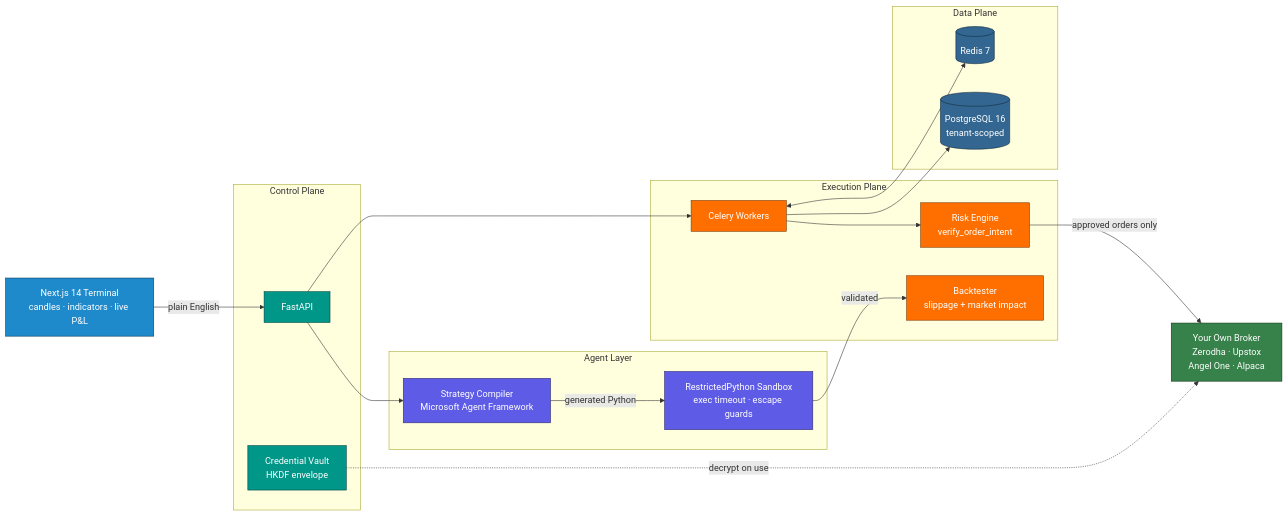
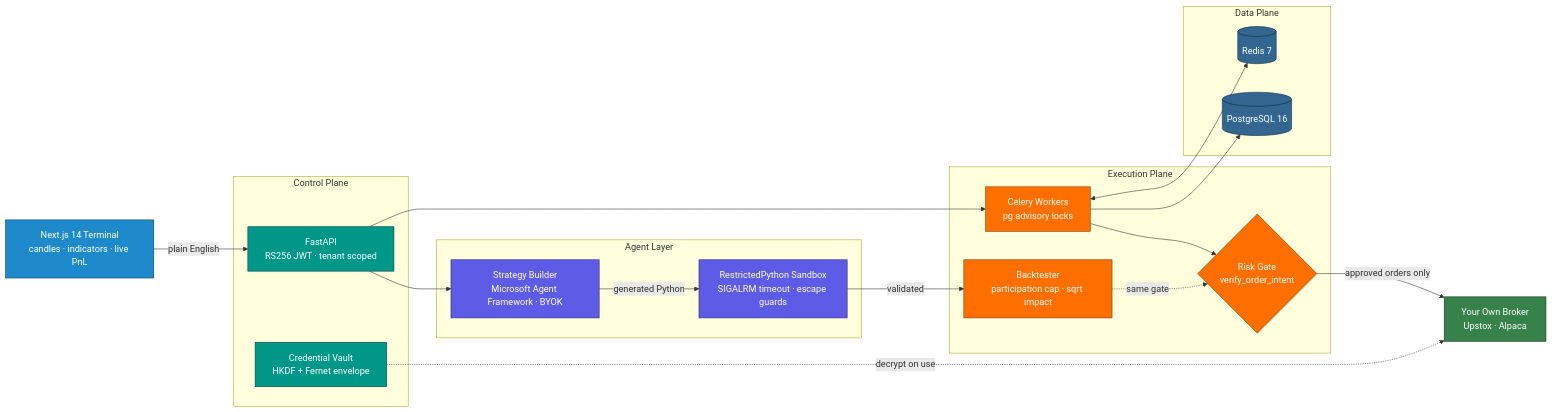
Before and after one commit to Algo-Ankit/Algo-Ankit: the first of 5 diagrams in README.md, drawn with Mermaid. The commit also changed other lines of this file, not shown here.

Commit message:
Rework profile README: personal intro, verified architecture diagrams per project

````diff
--- a/README.md
+++ b/README.md
@@ -46,52 +29,52 @@
 ```mermaid
 flowchart LR
-    UI["Next.js 14 Terminal<br/>candles · indicators · live P&amp;L"]
+    UI["Next.js 14 Terminal<br/>candles · indicators · live PnL"]
 
     subgraph CONTROL["Control Plane"]
-        API["FastAPI"]
-        VAULT["Credential Vault<br/>HKDF envelope"]
+        API["FastAPI<br/>RS256 JWT · tenant scoped"]
+        VAULT["Credential Vault<br/>HKDF + Fernet envelope"]
     end
 
     subgraph AGENT["Agent Layer"]
-        LLM["Strategy Compiler<br/>Microsoft Agent Framework"]
-        SBX["RestrictedPython Sandbox<br/>exec timeout · escape guards"]
+        LLM["Strategy Builder<br/>Microsoft Agent Framework · BYOK"]
+        SBX["RestrictedPython Sandbox<br/>SIGALRM timeout · escape guards"]
     end
 
     subgraph EXEC["Execution Plane"]
-        CELERY["Celery Workers"]
-        BT["Backtester<br/>slippage + market impact"]
-        RISK["Risk Engine<br/>verify_order_intent"]
+        CELERY["Celery Workers<br/>pg advisory locks"]
+        BT["Backtester<br/>participation cap · sqrt impact"]
+        RISK{"Risk Gate<br/>verify_order_intent"}
     end
 
     subgraph DATA["Data Plane"]
-        PG[("PostgreSQL 16<br/>tenant-scoped")]
+        PG[("PostgreSQL 16")]
         RD[("Redis 7")]
     end
 
-    BROKER["Your Own Broker<br/>Zerodha · Upstox<br/>Angel One · Alpaca"]
+    BROKER["Your Own Broker<br/>Upstox · Alpaca"]
 
     UI -->|"plain English"| API
     API --> LLM
     LLM -->|"generated Python"| SBX
     SBX -->|"validated"| BT
+    BT -.->|"same gate"| RISK
     API --> CELERY
     CELERY --> RISK
     RISK -->|"approved orders only"| BROKER
     VAULT -.->|"decrypt on use"| BROKER
     CELERY --> PG
     CELERY <--> RD
 
     classDef client fill:#1F8ACB,stroke:#0B3C5D,color:#fff
     classDef control fill:#009688,stroke:#00443F,color:#fff
     classDef agent fill:#5E5CE6,stroke:#2A2870,color:#fff
     classDef exec fill:#FF6F00,stroke:#7A3500,color:#fff
     classDef data fill:#336791,stroke:#12293D,color:#fff
-    classDef broker fill:#37814A,stroke:#12331D,color:#fff
-
+    classDef ext fill:#37814A,stroke:#12331D,color:#fff
     class UI client
     class API,VAULT control
     class LLM,SBX agent
-    class CELERY,RISK,BT exec
+    class CELERY,BT,RISK exec
     class PG,RD data
-    class BROKER broker
+    class BROKER ext
 ```
````
